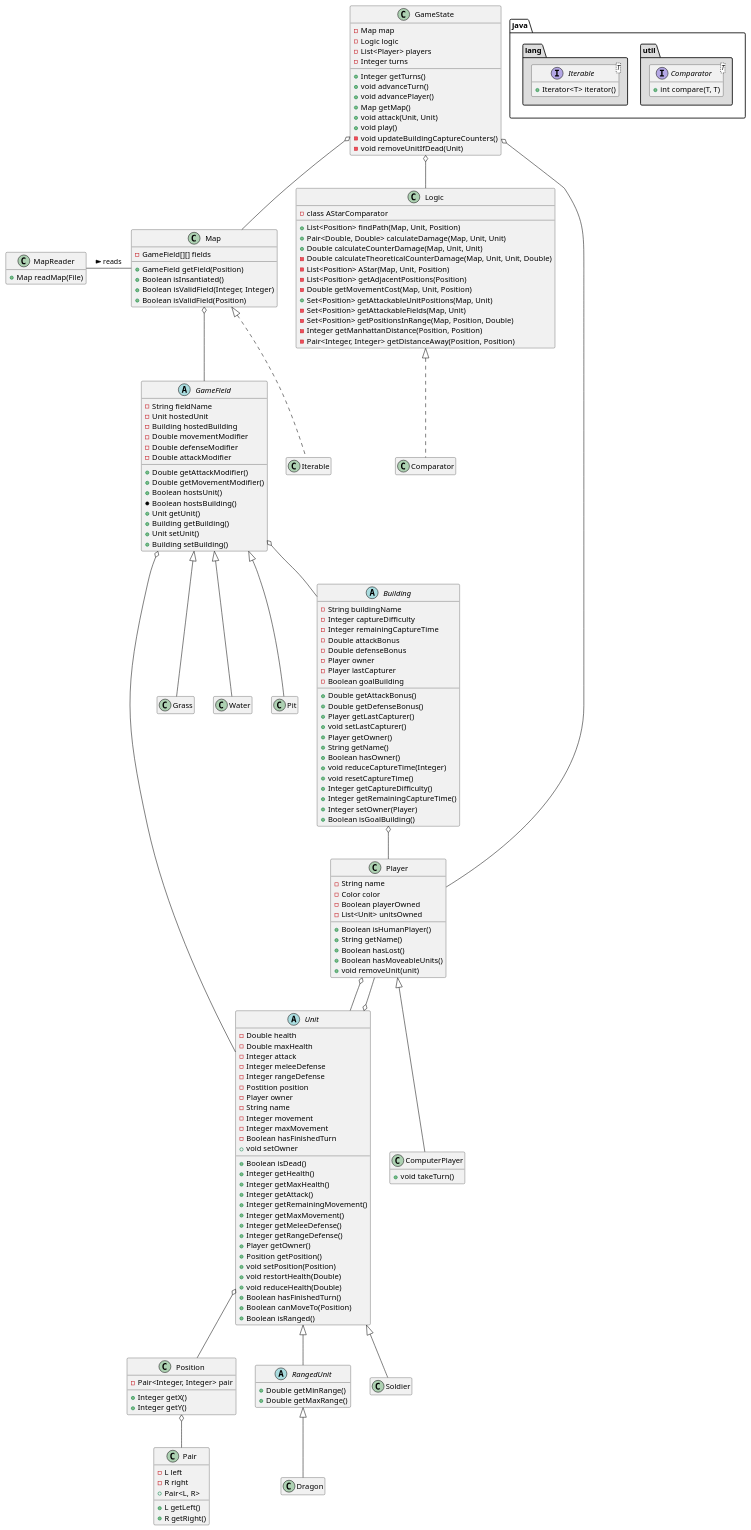
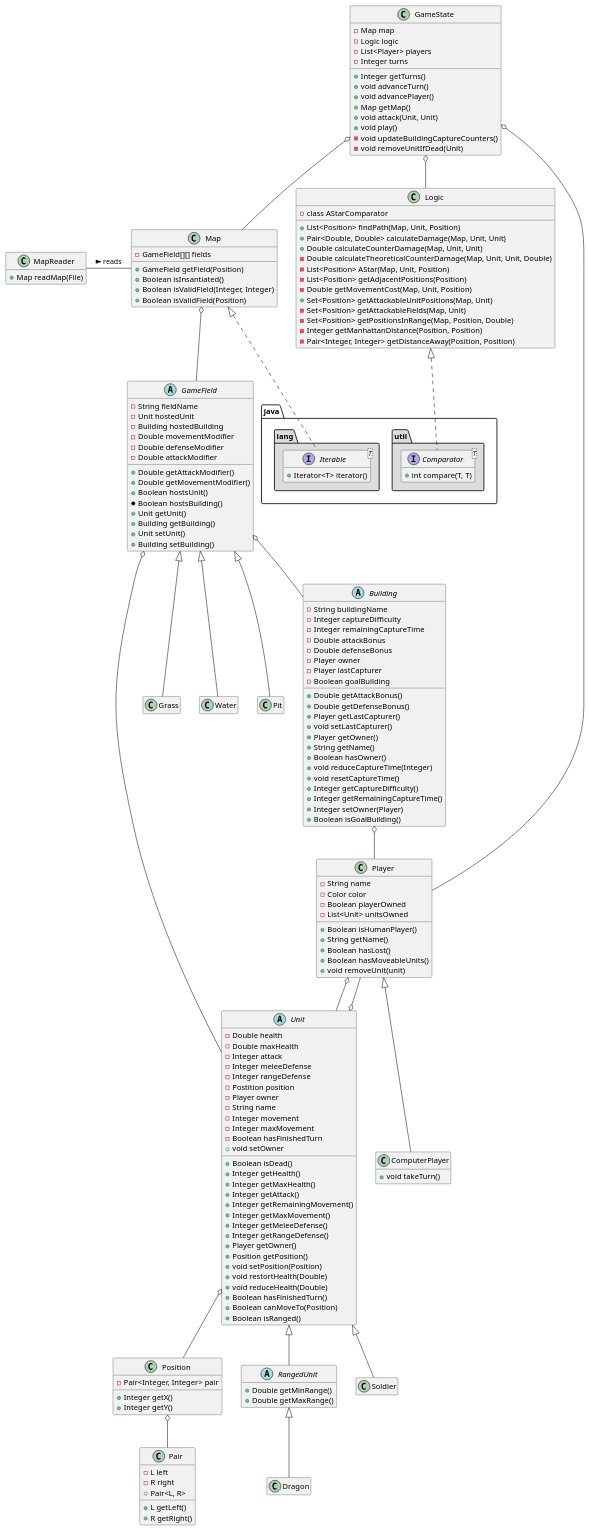
One commit to Fuuzetsu/dragon-wars changed the diagram in doc/uml.plantuml. Above: the diagram before and after it, drawn with PlantUML.

Commit message:
Link the interfaces

```diff
--- a/doc/uml.plantuml
+++ b/doc/uml.plantuml
@@ -5,8 +5,8 @@
 Building o-- Player
 MapReader - Map : reads >
 Map o-- GameField
-Map <|.. Iterable
-Logic <|.. Comparator
+Map <|.. java.lang.Iterable
+Logic <|.. java.util.Comparator
 GameField o-- Building
 GameField o-- Unit
 Position o-- Pair
```
